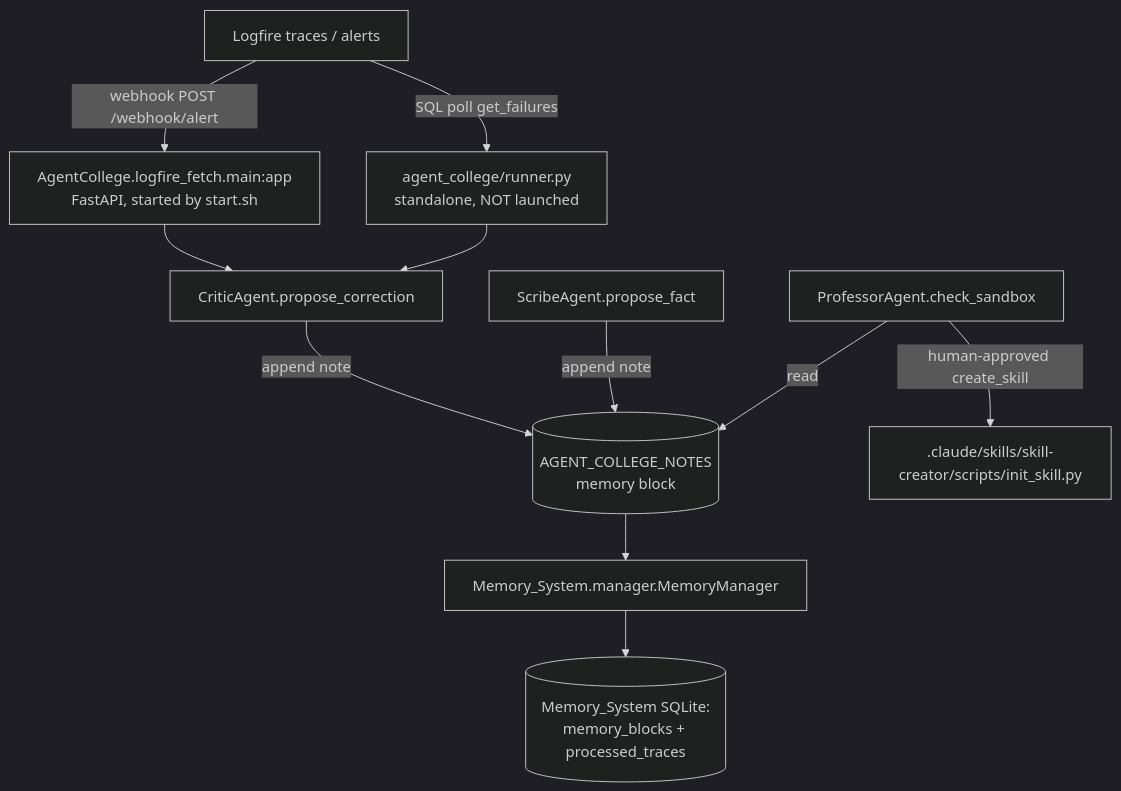
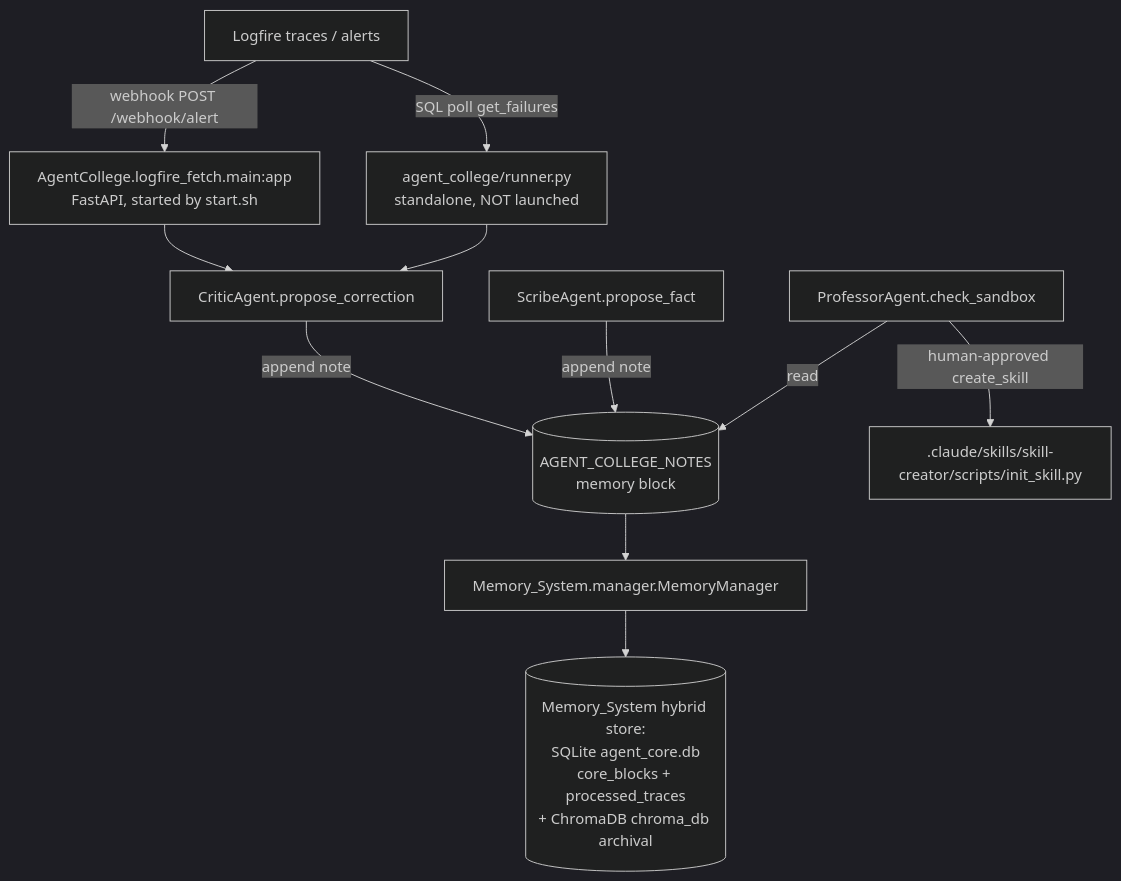
Before and after one commit to Kjdragan/universal_agent: the diagram in project_docs/03_agents/06_agent_college.md, drawn with Mermaid (dark theme). The commit also changed other lines of this file and 36 other files, not shown here.

````diff
--- a/project_docs/03_agents/06_agent_college.md
+++ b/project_docs/03_agents/06_agent_college.md
@@ -44,13 +44,13 @@
 ```mermaid
 flowchart TD
     LF[Logfire traces / alerts] -->|webhook POST /webhook/alert| WS[AgentCollege.logfire_fetch.main:app<br/>FastAPI, started by start.sh]
     LF -->|SQL poll get_failures| RUN[agent_college/runner.py<br/>standalone, NOT launched]
     WS --> CRITIC[CriticAgent.propose_correction]
     RUN --> CRITIC
     CRITIC -->|append note| BLOCK[(AGENT_COLLEGE_NOTES<br/>memory block)]
     SCRIBE[ScribeAgent.propose_fact] -->|append note| BLOCK
     PROF[ProfessorAgent.check_sandbox] -->|read| BLOCK
     PROF -->|human-approved create_skill| INIT[.claude/skills/skill-creator/scripts/init_skill.py]
     BLOCK --> MM[Memory_System.manager.MemoryManager]
-    MM --> STORE[(Memory_System SQLite:<br/>memory_blocks + processed_traces)]
+    MM --> STORE[(Memory_System hybrid store:<br/>SQLite agent_core.db<br/>core_blocks + processed_traces<br/>+ ChromaDB chroma_db archival)]
 ```
````
